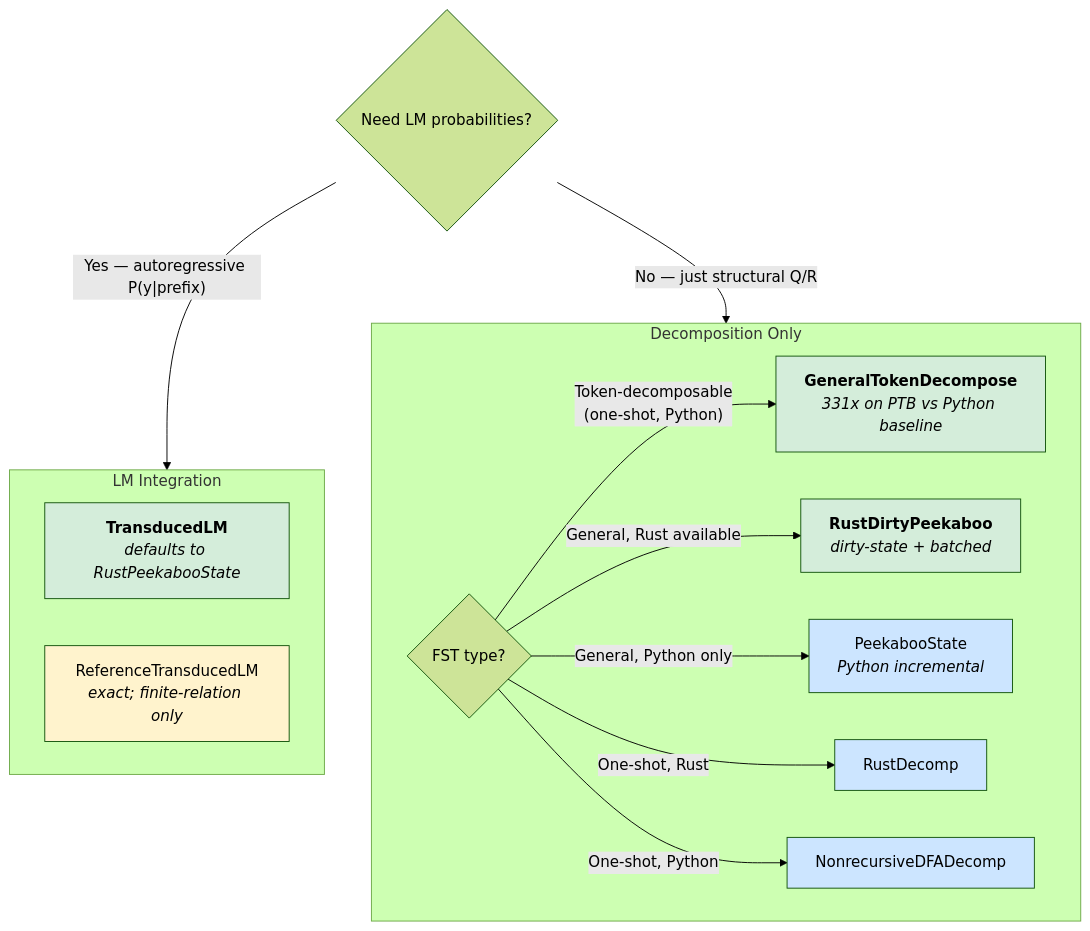
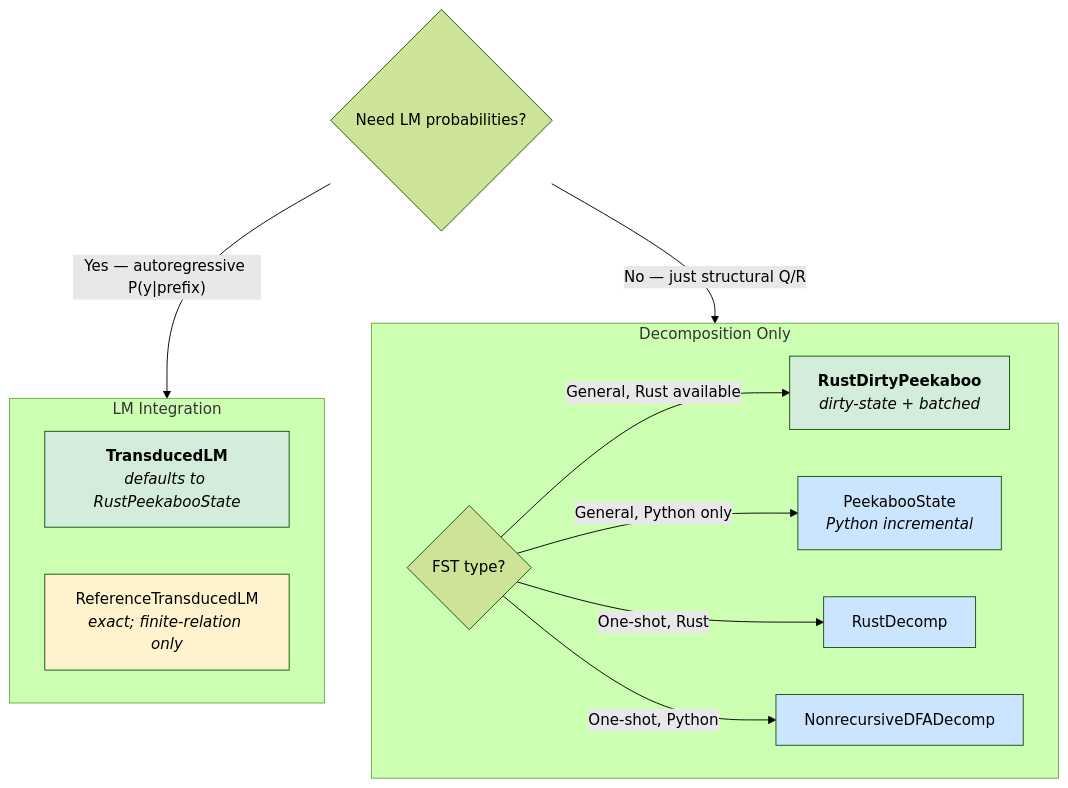
The diagram in reports/ALGORITHM_ASSESSMENT.md (timvieira/transduction), drawn with Mermaid (forest theme) before and after one commit. The commit also changed other lines of this file and 23 other files, not shown here.

````diff
--- a/reports/ALGORITHM_ASSESSMENT.md
+++ b/reports/ALGORITHM_ASSESSMENT.md
@@ -145,28 +120,26 @@
 ```mermaid
 graph TD
     Q0{"Need LM probabilities?"}
     Q0 -->|"Yes — autoregressive P(y|prefix)"| LM_BRANCH
     Q0 -->|"No — just structural Q/R"| DECOMP_BRANCH
 
     subgraph LM_BRANCH["LM Integration"]
         LM1["<b>TransducedLM</b><br/><i>defaults to RustPeekabooState</i>"]
         LM2["ReferenceTransducedLM<br/><i>exact; finite-relation only</i>"]
     end
 
     subgraph DECOMP_BRANCH["Decomposition Only"]
         D1{"FST type?"}
-        D1 -->|"Token-decomposable<br/>(one-shot, Python)"| GTD["<b>GeneralTokenDecompose</b><br/><i>331x on PTB vs Python baseline</i>"]
         D1 -->|"General, Rust available"| RDP["<b>RustDirtyPeekaboo</b><br/><i>dirty-state + batched</i>"]
         D1 -->|"General, Python only"| PY["PeekabooState<br/><i>Python incremental</i>"]
         D1 -->|"One-shot, Rust"| RUST1["RustDecomp"]
         D1 -->|"One-shot, Python"| PY1["NonrecursiveDFADecomp"]
     end
 
     style LM1 fill:#d4edda
     style LM2 fill:#fff3cd
-    style GTD fill:#d4edda
     style RDP fill:#d4edda
     style PY fill:#cce5ff
     style RUST1 fill:#cce5ff
     style PY1 fill:#cce5ff
 ```
````
